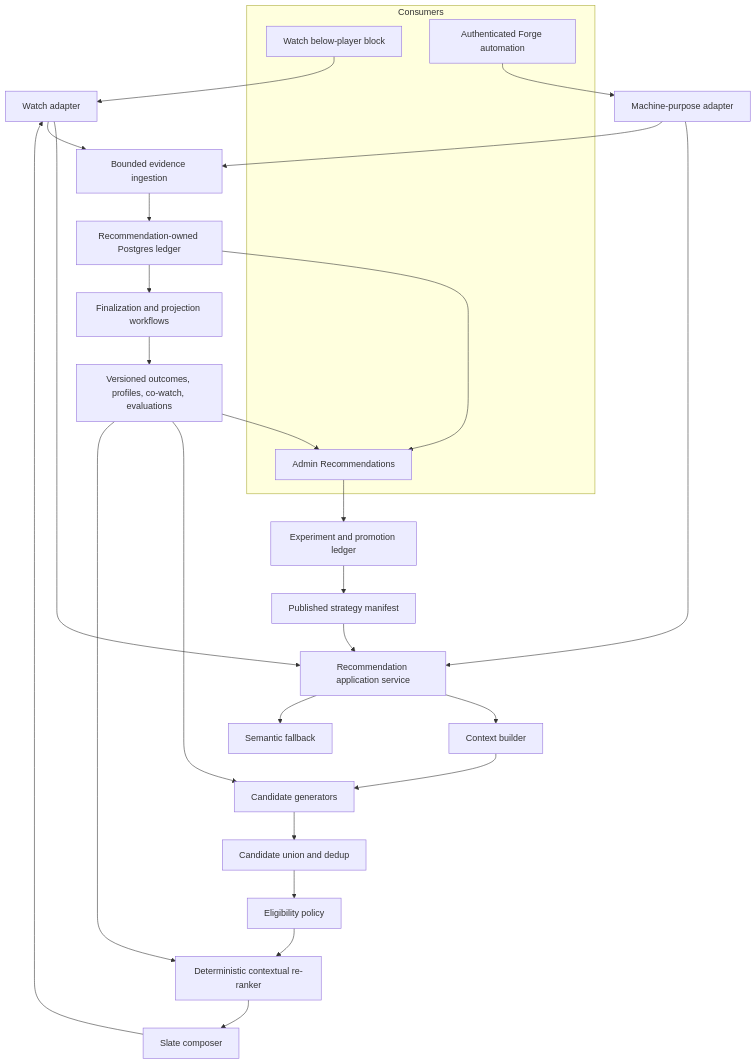
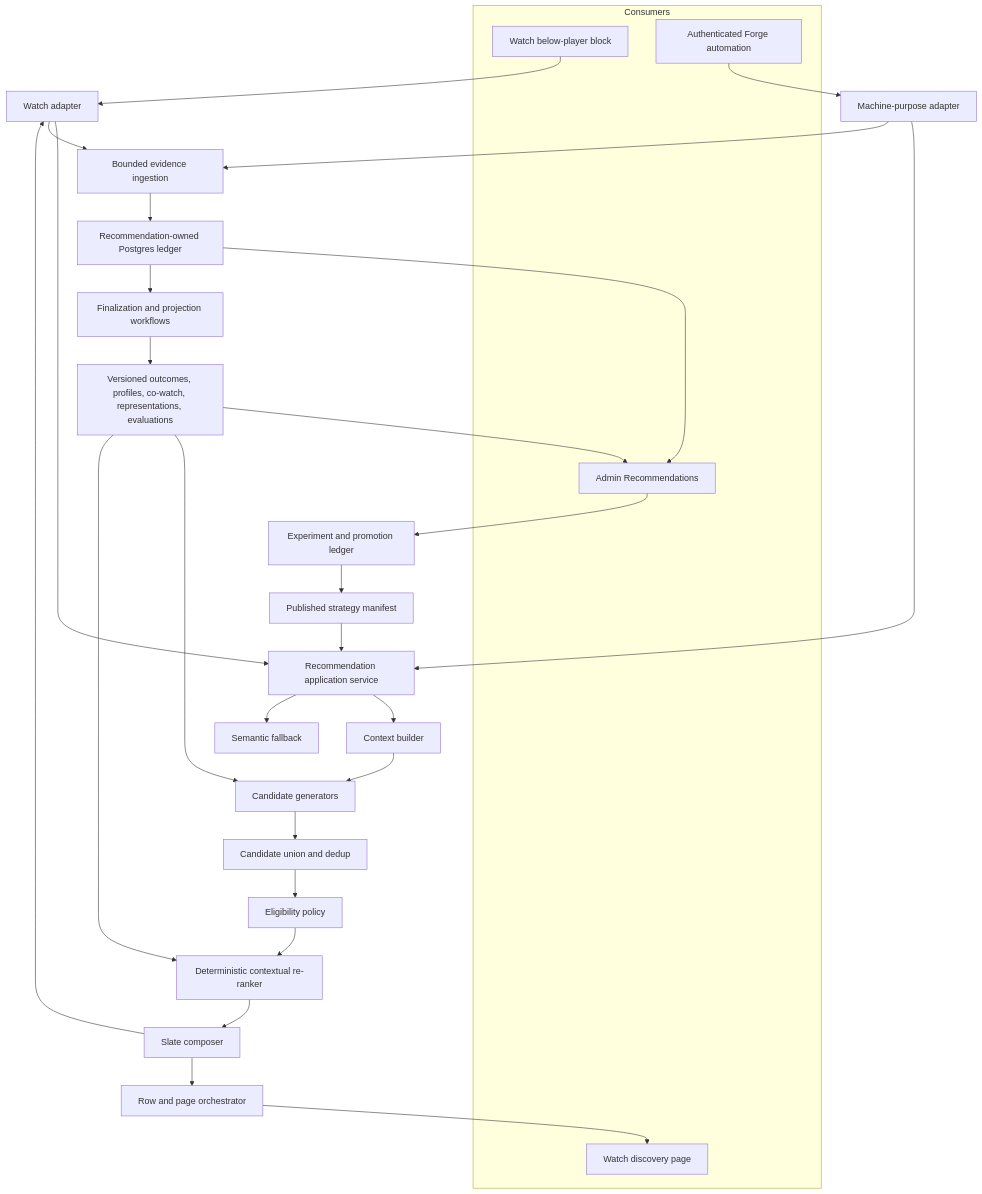
Before and after one commit to JesusFilm/forge: the second of 2 diagrams in docs/plans/2026-08-18-2219-feat-watch-recommendation-learning-system-plan.md, drawn with Mermaid. The commit also changed other lines of this file and 21 other files, not shown here.

Commit message:
docs(recommendations): define learned personalization roadmap

````diff
--- a/docs/plans/2026-08-18-2219-feat-watch-recommendation-learning-system-plan.md
+++ b/docs/plans/2026-08-18-2219-feat-watch-recommendation-learning-system-plan.md
@@ -372,35 +417,38 @@
 ```mermaid
 flowchart TB
   subgraph Consumers
     W["Watch below-player block"]
+    WP["Watch discovery page"]
     M["Authenticated Forge automation"]
     AD["Admin Recommendations"]
   end
 
   W --> WA["Watch adapter"]
   M --> MA["Machine-purpose adapter"]
   WA --> RS["Recommendation application service"]
   MA --> RS
   SM["Published strategy manifest"] --> RS
 
   RS --> CB["Context builder"]
   CB --> CG["Candidate generators"]
   CG --> CU["Candidate union and dedup"]
   CU --> EP["Eligibility policy"]
   EP --> DR["Deterministic contextual re-ranker"]
   DR --> SC["Slate composer"]
   SC --> WA
+  SC --> PO["Row and page orchestrator"]
+  PO --> WP
   RS --> SF["Semantic fallback"]
 
   WA --> EI["Bounded evidence ingestion"]
   MA --> EI
   EI --> PG["Recommendation-owned Postgres ledger"]
   PG --> WF["Finalization and projection workflows"]
-  WF --> PR["Versioned outcomes, profiles, co-watch, evaluations"]
+  WF --> PR["Versioned outcomes, profiles, co-watch, representations, evaluations"]
   PR --> CG
   PR --> DR
   PG --> AD
   PR --> AD
   AD --> PL["Experiment and promotion ledger"]
   PL --> SM
 ```
````
